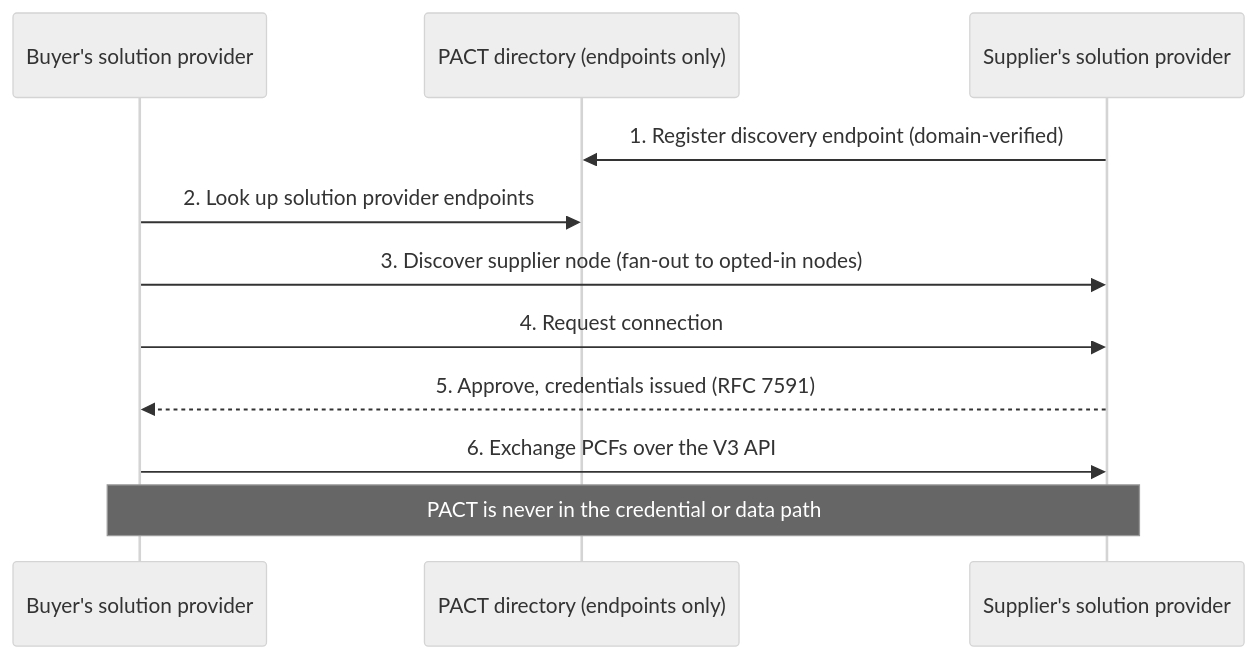
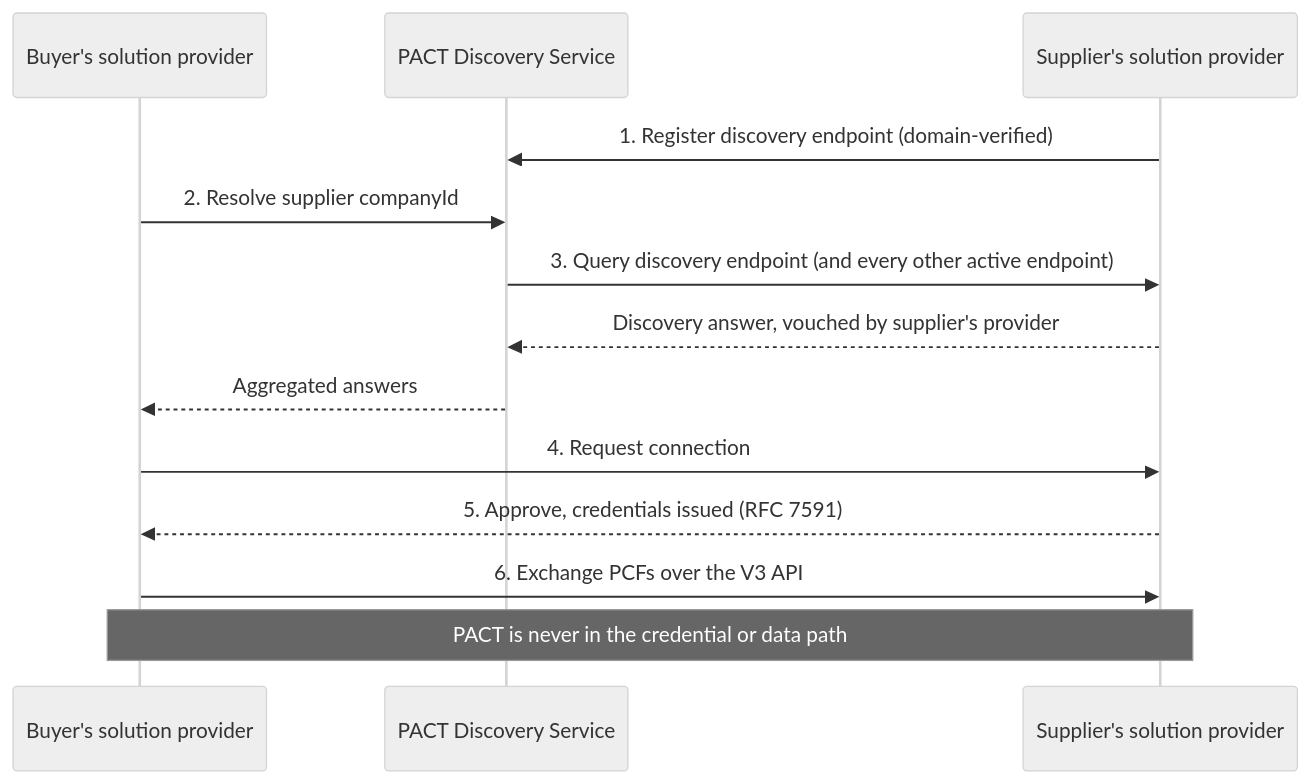
One commit to wbcsd/draft-identity-management-spec changed the diagram in PACT-IM-Addendum-Section-5-Discovery.md. Above: the diagram before and after it, drawn with Mermaid (neutral theme).

Commit message:
Update sequence diagram for PACT Discovery Service
Corrected diagram for fan-out

````diff
--- a/PACT-IM-Addendum-Section-5-Discovery.md
+++ b/PACT-IM-Addendum-Section-5-Discovery.md
@@ -179,13 +179,15 @@
 ```mermaid
 sequenceDiagram
     participant BSP as Buyer's solution provider
-    participant DIR as PACT directory (endpoints only)
+    participant DIR as PACT Discovery Service
     participant SSP as Supplier's solution provider
     SSP->>DIR: 1. Register discovery endpoint (domain-verified)
-    BSP->>DIR: 2. Look up solution provider endpoints
-    BSP->>SSP: 3. Discover supplier node (fan-out to opted-in nodes)
+    BSP->>DIR: 2. Resolve supplier companyId
+    DIR->>SSP: 3. Query discovery endpoint (and every other active endpoint)
+    SSP-->>DIR: Discovery answer, vouched by supplier's provider
+    DIR-->>BSP: Aggregated answers
     BSP->>SSP: 4. Request connection
     SSP-->>BSP: 5. Approve, credentials issued (RFC 7591)
     BSP->>SSP: 6. Exchange PCFs over the V3 API
     Note over BSP,SSP: PACT is never in the credential or data path
 ```
````
